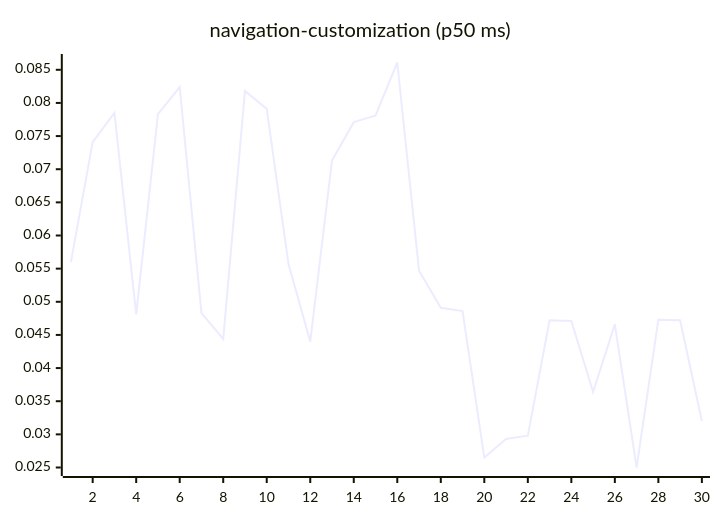
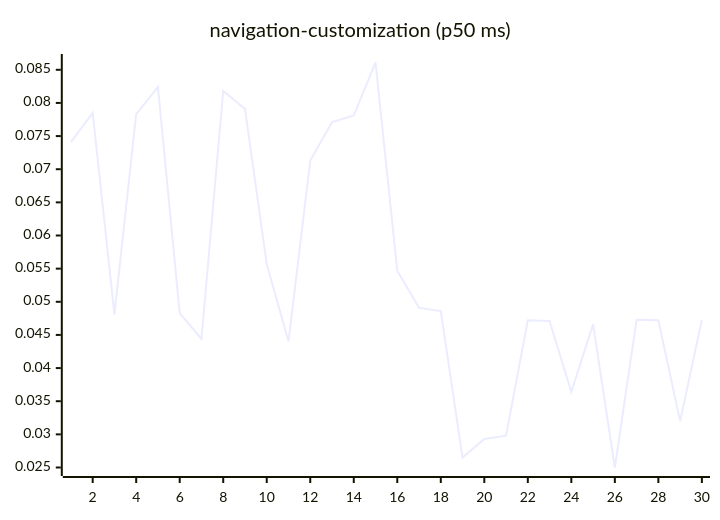
Diagram 15 of 27 in README.md (josha/Facet), drawn with Mermaid before and after one commit. The commit also changed other lines of this file and 2 other files, not shown here.

````diff
--- a/README.md
+++ b/README.md
@@ -161,6 +161,6 @@
 ```mermaid
 xychart-beta
     title "navigation-customization (p50 ms)"
     x-axis 1 --> 30
-    line [0.0560, 0.0741, 0.0785, 0.0481, 0.0783, 0.0824, 0.0483, 0.0444, 0.0818, 0.0791, 0.0557, 0.0440, 0.0713, 0.0771, 0.0781, 0.0861, 0.0547, 0.0491, 0.0486, 0.0265, 0.0293, 0.0298, 0.0472, 0.0471, 0.0364, 0.0466, 0.0250, 0.0473, 0.0472, 0.0320]
+    line [0.0741, 0.0785, 0.0481, 0.0783, 0.0824, 0.0483, 0.0444, 0.0818, 0.0791, 0.0557, 0.0440, 0.0713, 0.0771, 0.0781, 0.0861, 0.0547, 0.0491, 0.0486, 0.0265, 0.0293, 0.0298, 0.0472, 0.0471, 0.0364, 0.0466, 0.0250, 0.0473, 0.0472, 0.0320, 0.0473]
 ```
````
